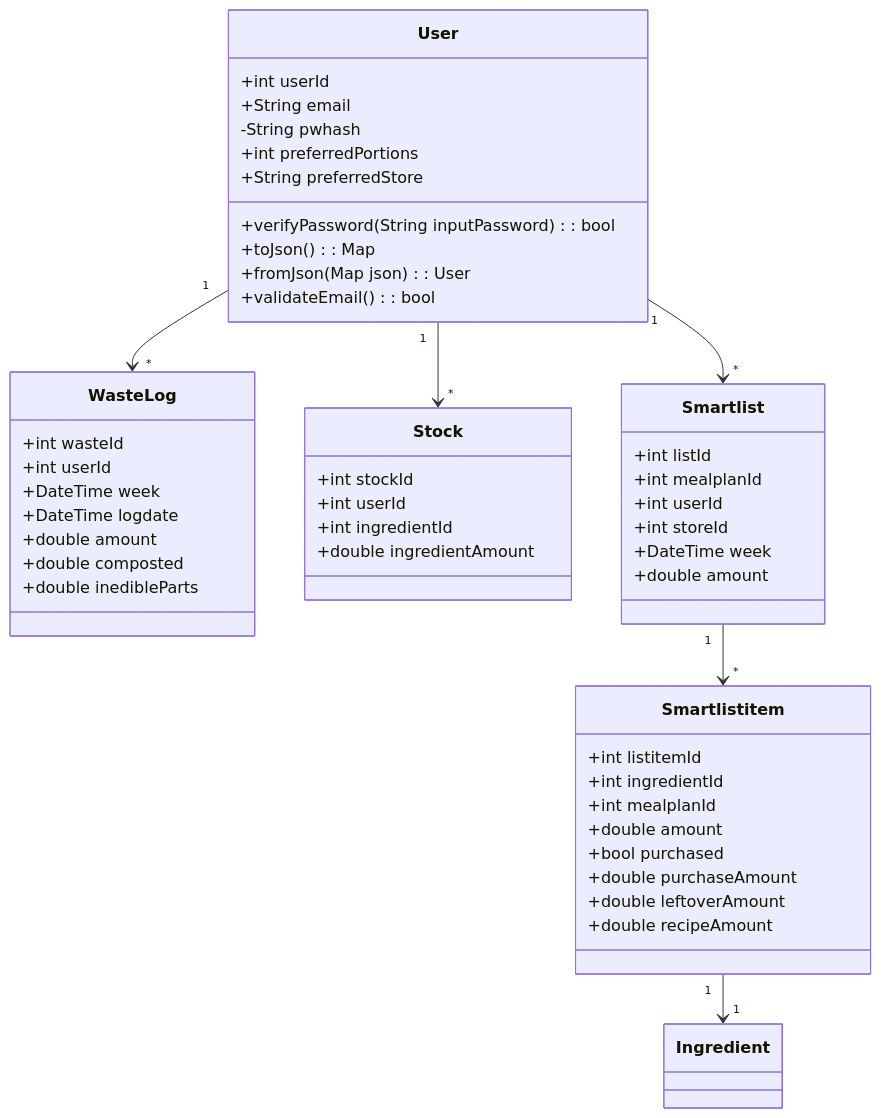
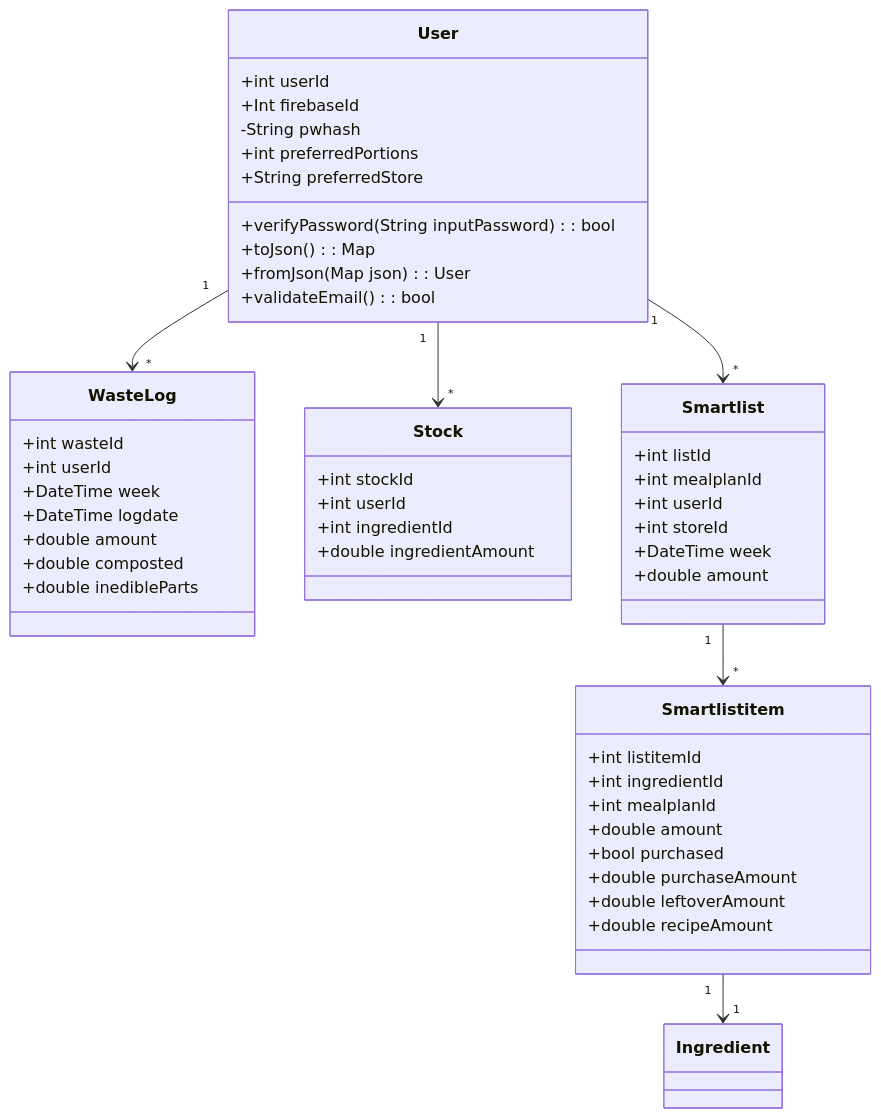
One commit to jbrun001/foodmanager changed the fourth of 8 diagrams in documentation/designandmethods/class-erd-userflow.md. Above: the diagram before and after it, drawn with Mermaid. The commit also changed other lines of this file and 2 other files, not shown here.

Commit message:
plantUML for quantity use case updates to remove email from classes and ERD

````diff
--- a/documentation/designandmethods/class-erd-userflow.md
+++ b/documentation/designandmethods/class-erd-userflow.md
@@ -136,57 +136,57 @@
 ```mermaid
 classDiagram
     class User {
         +int userId
-        +String email
+        +Int firebaseId
         -String pwhash
         +int preferredPortions
         +String preferredStore
         +verifyPassword(String inputPassword): bool
         +toJson(): Map<String, dynamic>
         +fromJson(Map<String, dynamic> json): User
         +validateEmail(): bool
     }
 
     class WasteLog {
         +int wasteId
         +int userId
         +DateTime week
         +DateTime logdate
         +double amount
         +double composted
         +double inedibleParts
     }
 
     class Stock {
         +int stockId
         +int userId
         +int ingredientId
         +double ingredientAmount
     }
 
     class Smartlist {
         +int listId
         +int mealplanId
         +int userId
         +int storeId
         +DateTime week
         +double amount
     }
 
     class Smartlistitem {
         +int listitemId
         +int ingredientId
         +int mealplanId
         +double amount
         +bool purchased
         +double purchaseAmount
         +double leftoverAmount
         +double recipeAmount
     }
 
     User "1" --> "*" WasteLog
     User "1" --> "*" Stock
     User "1" --> "*" Smartlist
     Smartlist "1" --> "*" Smartlistitem
     Smartlistitem "1" --> "1" Ingredient
 ```
````
